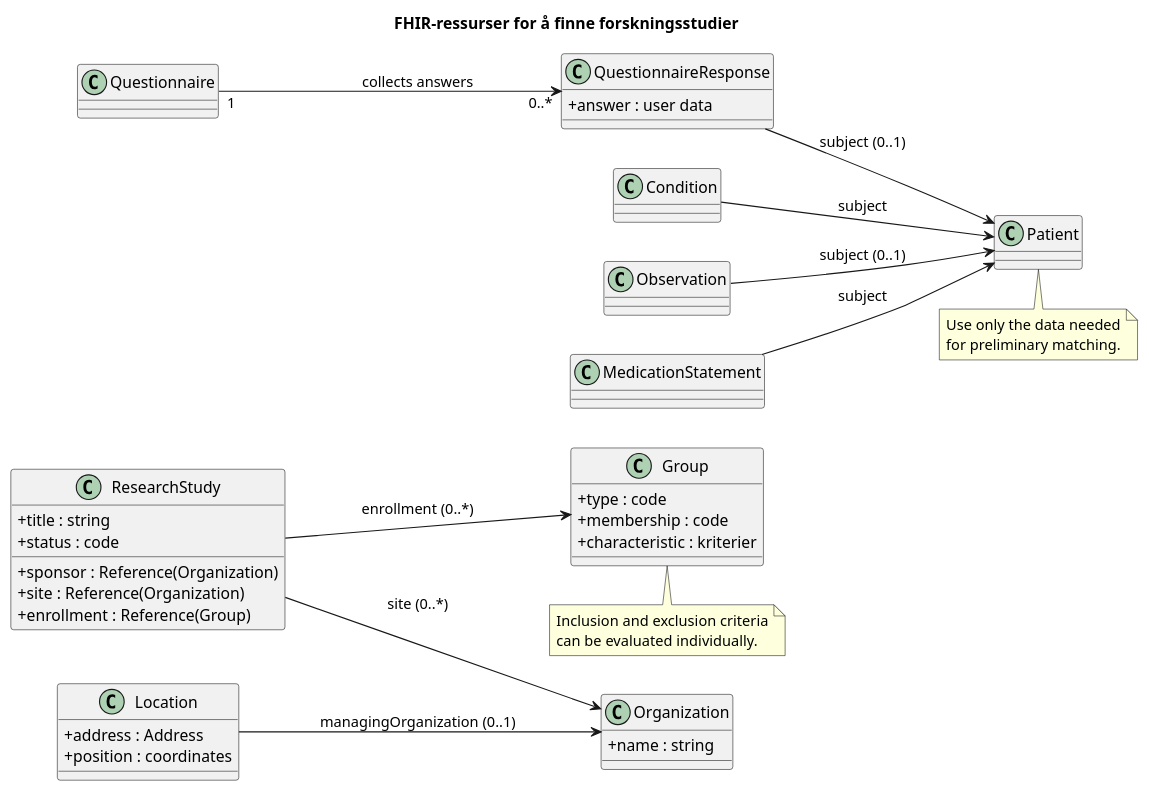
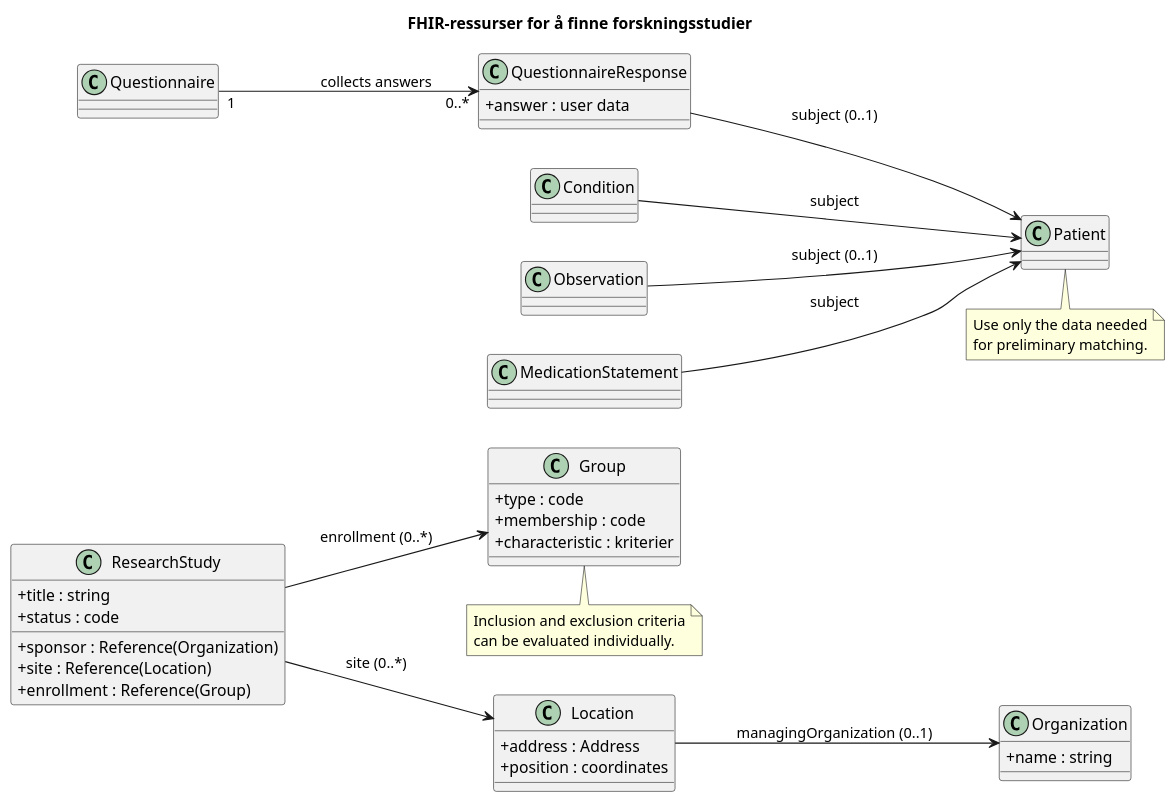
Before and after one commit to PaulRylandsholm/ig-mal: the diagram in lab-ig/input/images/test.puml, drawn with PlantUML. The commit also changed 4 other files, not shown here.

```diff
--- a/lab-ig/input/images/test.puml
+++ b/lab-ig/input/images/test.puml
@@ -1,58 +1,58 @@
 @startuml
 title FHIR-ressurser for å finne forskningsstudier
 left to right direction
 skinparam classAttributeIconSize 0
 skinparam shadowing false
 
 class ResearchStudy {
     +title : string
     +status : code
     +sponsor : Reference(Organization)
-    +site : Reference(Organization)
+    +site : Reference(Location)
     +enrollment : Reference(Group)
 }
 
 class Group {
     +type : code
     +membership : code
     +characteristic : kriterier
 }
 
 class Organization {
     +name : string
 }
 
 class Location {
     +address : Address
     +position : coordinates
 }
 
 class Questionnaire
 class QuestionnaireResponse {
     +answer : user data
 }
 
 class Patient
 class Condition
 class Observation
 class MedicationStatement
 
-ResearchStudy --> Organization : site (0..*)
+ResearchStudy --> Location : site (0..*)
 ResearchStudy --> Group : enrollment (0..*)
 Location --> Organization : managingOrganization (0..1)
 Questionnaire "1" --> "0..*" QuestionnaireResponse : collects answers
 QuestionnaireResponse --> Patient : subject (0..1)
 Condition --> Patient : subject
 Observation --> Patient : subject (0..1)
 MedicationStatement --> Patient : subject
 
 note bottom of Group
     Inclusion and exclusion criteria
     can be evaluated individually.
 end note
 
 note bottom of Patient
     Use only the data needed
     for preliminary matching.
 end note
 @enduml
```
